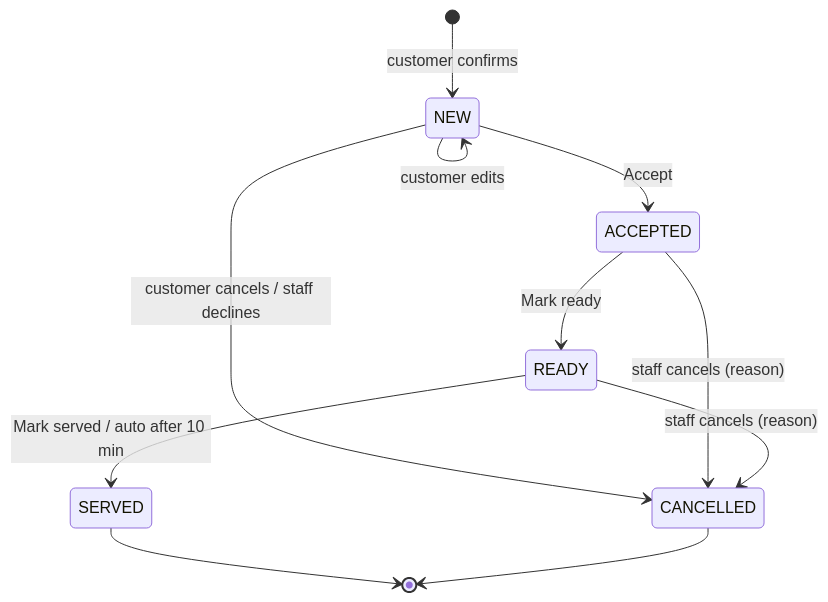
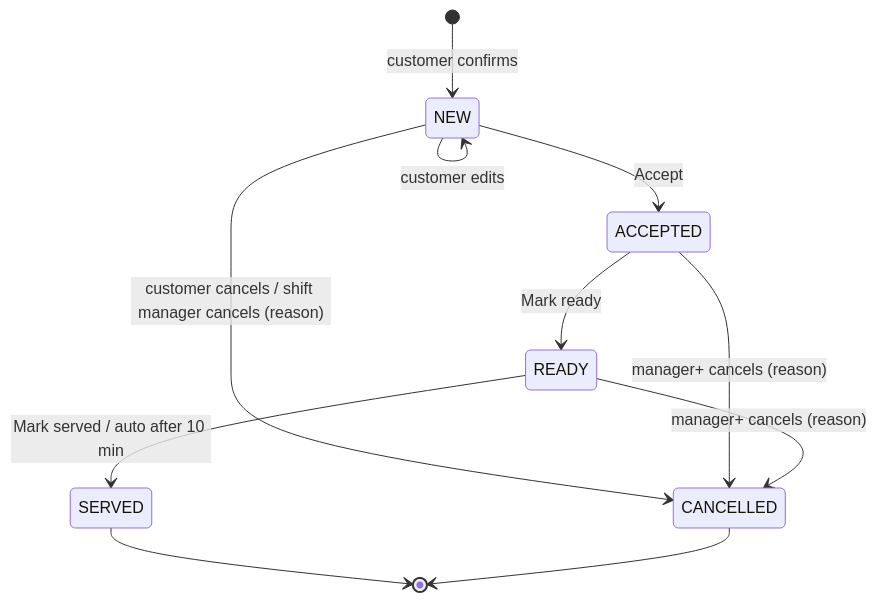
The diagram in docs/backend.md (Trylo-AI/Restro-Agent), drawn with Mermaid before and after one commit. The commit also changed other lines of this file and 11 other files, not shown here.

````diff
--- a/docs/backend.md
+++ b/docs/backend.md
@@ -181,13 +187,13 @@
 ```mermaid
 stateDiagram-v2
     [*] --> NEW: customer confirms
     NEW --> NEW: customer edits
     NEW --> ACCEPTED: Accept
-    NEW --> CANCELLED: customer cancels / staff declines
+    NEW --> CANCELLED: customer cancels / shift manager cancels (reason)
     ACCEPTED --> READY: Mark ready
-    ACCEPTED --> CANCELLED: staff cancels (reason)
+    ACCEPTED --> CANCELLED: manager+ cancels (reason)
     READY --> SERVED: Mark served / auto after 10 min
-    READY --> CANCELLED: staff cancels (reason)
+    READY --> CANCELLED: manager+ cancels (reason)
     SERVED --> [*]
     CANCELLED --> [*]
 ```
````
